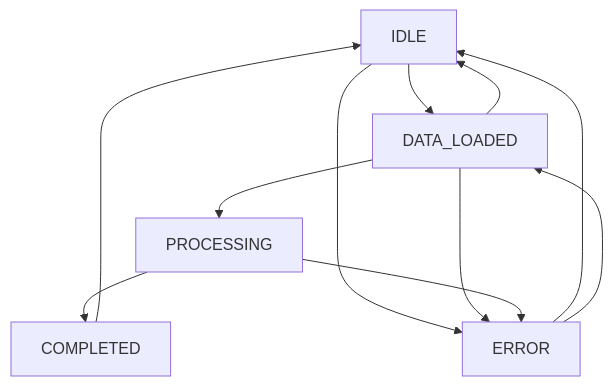
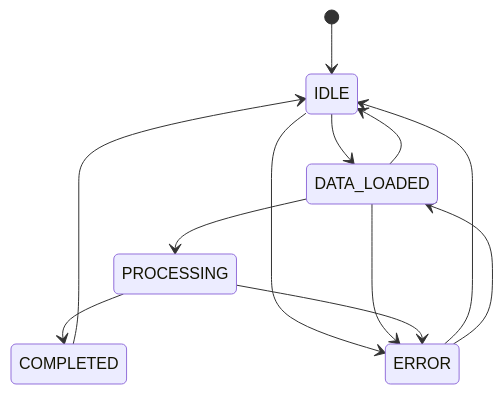
Before and after one commit to jadewisemann/EST_FE--4th__TEAM--2nd__3rd-: the fifth of 6 diagrams in README.md, drawn with Mermaid. The commit also changed other lines of this file and 1 other file, not shown here.

````diff
--- a/README.md
+++ b/README.md
@@ -252,17 +393,19 @@
 ```mermaid
-flowchart TD
-    IDLE --> DATA_LOADED
-    IDLE --> ERROR
-    
-    DATA_LOADED --> PROCESSING
-    DATA_LOADED --> IDLE
-    DATA_LOADED --> ERROR
-    
-    PROCESSING --> COMPLETED
-    PROCESSING --> ERROR
-    
-    COMPLETED --> IDLE
-    
-    ERROR --> IDLE
-    ERROR --> DATA_LOADED
+stateDiagram-v2
+  [*] --> IDLE
+  
+  IDLE --> DATA_LOADED
+  IDLE --> ERROR
+  
+  DATA_LOADED --> PROCESSING
+  DATA_LOADED --> ERROR
+  DATA_LOADED --> IDLE
+  
+  PROCESSING --> COMPLETED
+  PROCESSING --> ERROR
+  
+  COMPLETED --> IDLE
+  
+  ERROR --> IDLE
+  ERROR --> DATA_LOADED
 ```
````
